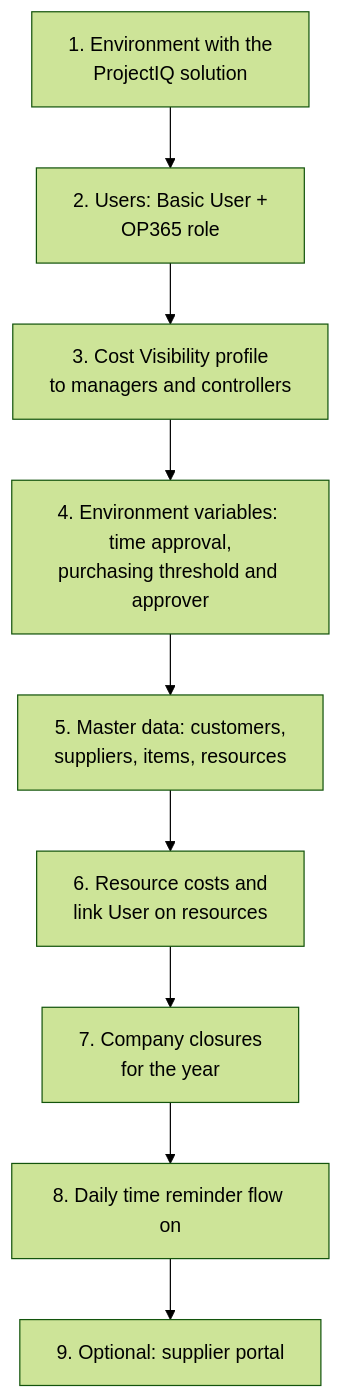
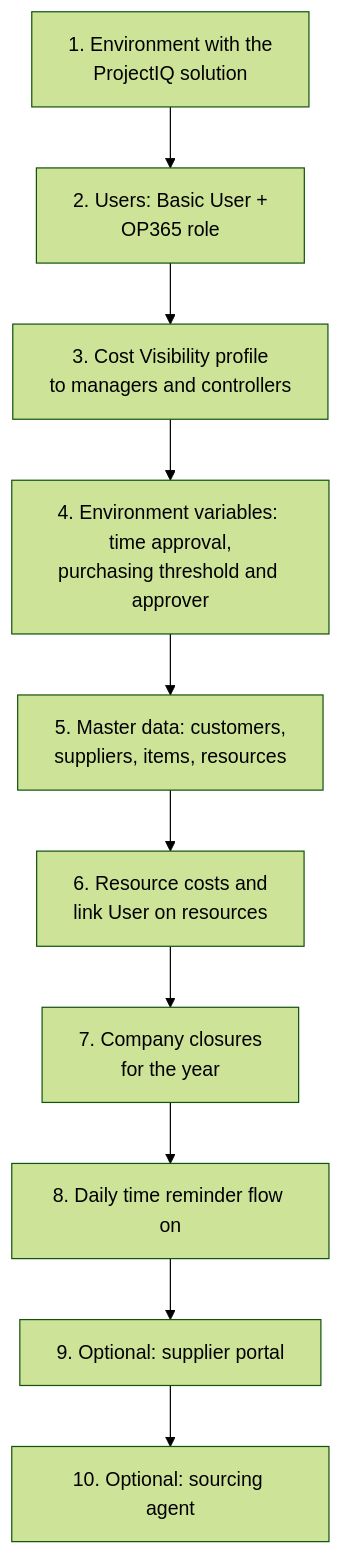
Before and after one commit to Power-Builders-Italia/ProjectIQ: the first of 3 diagrams in docs/en/administration.md, drawn with Mermaid (forest theme). The commit also changed other lines of this file and 43 other files, not shown here.

First line of the commit message:
Sourcing agent: foundations (agent proposals, OP365 Buyer, approval card) (#130)

````diff
--- a/docs/en/administration.md
+++ b/docs/en/administration.md
@@ -10,11 +10,12 @@
 ```mermaid
 flowchart TD
     A[1. Environment with the<br/>ProjectIQ solution] --> B[2. Users: Basic User +<br/>OP365 role]
     B --> C[3. Cost Visibility profile<br/>to managers and controllers]
     C --> D[4. Environment variables: time approval,<br/>purchasing threshold and approver]
     D --> E[5. Master data: customers,<br/>suppliers, items, resources]
     E --> F[6. Resource costs and<br/>link User on resources]
     F --> G[7. Company closures<br/>for the year]
     G --> H[8. Daily time reminder flow on]
     H --> I[9. Optional: supplier portal]
+    I --> J[10. Optional: sourcing agent]
 ```
````
